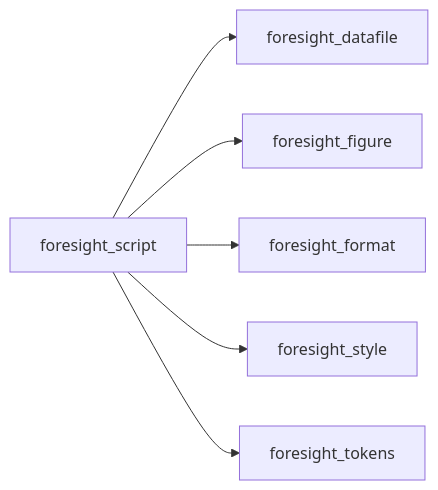
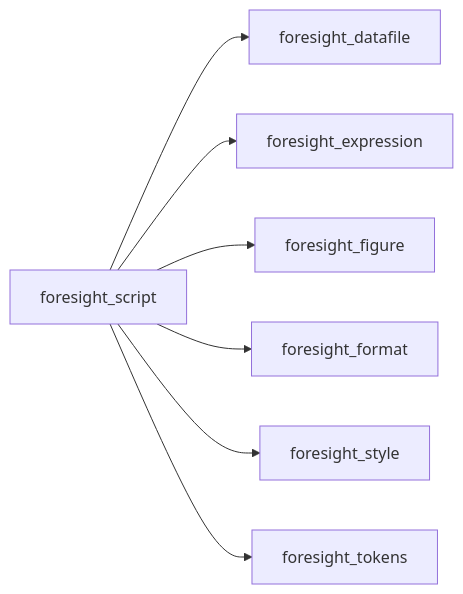
One commit to szaghi/foresight changed the first of 26 diagrams in docs/api/src/lib/foresight_script.md. Above: the diagram before and after it, drawn with Mermaid. The commit also changed other lines of this file and 16 other files, not shown here.

````diff
--- a/docs/api/src/lib/foresight_script.md
+++ b/docs/api/src/lib/foresight_script.md
@@ -27,8 +28,9 @@
 ```mermaid
 graph LR
   foresight_script["foresight_script"] --> foresight_datafile["foresight_datafile"]
+  foresight_script["foresight_script"] --> foresight_expression["foresight_expression"]
   foresight_script["foresight_script"] --> foresight_figure["foresight_figure"]
   foresight_script["foresight_script"] --> foresight_format["foresight_format"]
   foresight_script["foresight_script"] --> foresight_style["foresight_style"]
   foresight_script["foresight_script"] --> foresight_tokens["foresight_tokens"]
 ```
````
